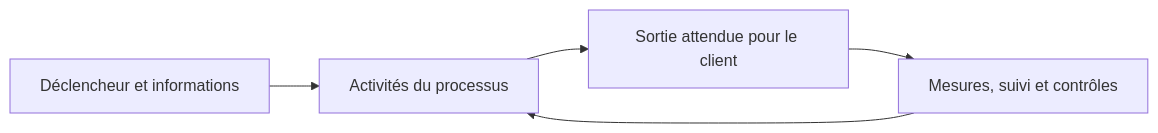
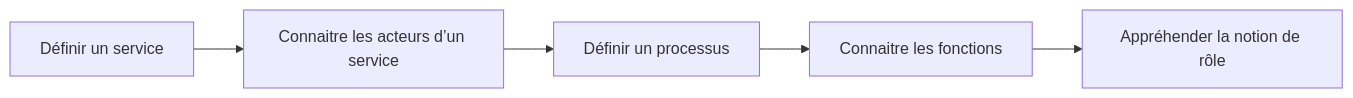
One commit to sk34pk25/tssr-cours changed the first of 4 diagrams in docs/modules/06-sensibilisation-itil-gestion-parc/module-02-la-gestion-des-services.md. Above: the diagram before and after it, drawn with Mermaid. The commit also changed other lines of this file and 8 other files, not shown here.

````diff
--- a/docs/modules/06-sensibilisation-itil-gestion-parc/module-02-la-gestion-des-services.md
+++ b/docs/modules/06-sensibilisation-itil-gestion-parc/module-02-la-gestion-des-services.md
@@ -33,7 +33,12 @@
 ```mermaid
 flowchart LR
-    D["Déclencheur et informations"] --> P["Activités du processus"]
-    P --> O["Sortie attendue pour le client"]
-    M["Mesures, suivi et contrôles"] --> P
-    O --> M
+    N1["Définir un service"]
+    N2["Connaitre les acteurs d’un service"]
+    N3["Définir un processus"]
+    N4["Connaitre les fonctions"]
+    N5["Appréhender la notion de rôle"]
+    N1 --> N2
+    N2 --> N3
+    N3 --> N4
+    N4 --> N5
 ```
````
